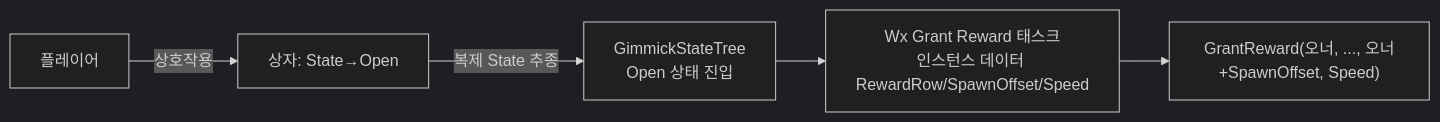
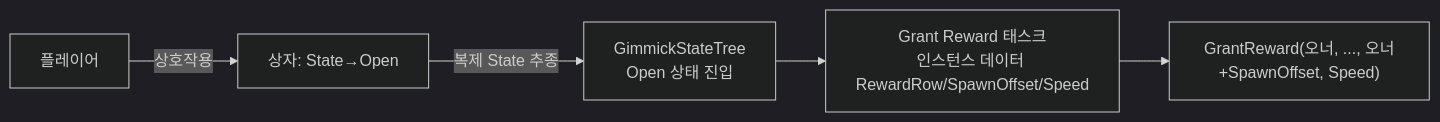
One commit to Woogl/ProjectWx changed the third of 3 diagrams in Docs/Programmer/Reward_Grant_Flow.md. Above: the diagram before and after it, drawn with Mermaid (dark theme). The commit also changed other lines of this file and 5 other files, not shown here.

````diff
--- a/Docs/Programmer/Reward_Grant_Flow.md
+++ b/Docs/Programmer/Reward_Grant_Flow.md
@@ -124,7 +124,7 @@
 ```mermaid
 flowchart LR
     Player["플레이어"] -->|상호작용| Chest["상자: State→Open"]
     Chest -->|복제 State 추종| ST["GimmickStateTree<br/>Open 상태 진입"]
-    ST --> Task["Wx Grant Reward 태스크<br/>인스턴스 데이터 RewardRow/SpawnOffset/Speed"]
+    ST --> Task["Grant Reward 태스크<br/>인스턴스 데이터 RewardRow/SpawnOffset/Speed"]
     Task --> L["GrantReward(오너, ..., 오너+SpawnOffset, Speed)"]
 ```
````
